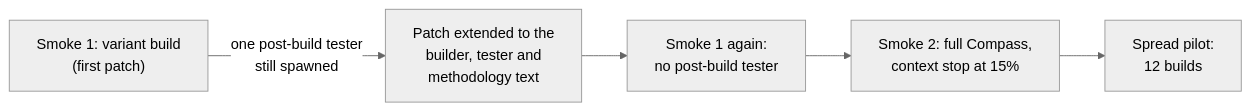
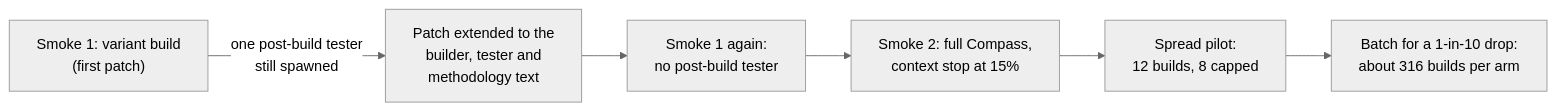
The diagram in .compass/research/whole-overhead/checking-cost/RESEARCH-checking-cost-pilot.md (hodor/claude-compass), drawn with Mermaid (neutral theme) before and after one commit. The commit also changed other lines of this file and 3 other files, not shown here.

First line of the commit message:
Record TASK-352: the per-part spread is too wide for a goal-share ablation

````diff
--- a/.compass/research/whole-overhead/checking-cost/RESEARCH-checking-cost-pilot.md
+++ b/.compass/research/whole-overhead/checking-cost/RESEARCH-checking-cost-pilot.md
@@ -17,7 +17,8 @@
 ```mermaid
 flowchart LR
   A["Smoke 1: variant build<br/>(first patch)"] -->|"one post-build tester<br/>still spawned"| B["Patch extended to the<br/>builder, tester and<br/>methodology text"]
   B --> C["Smoke 1 again:<br/>no post-build tester"]
   C --> D["Smoke 2: full Compass,<br/>context stop at 15%"]
-  D --> E["Spread pilot:<br/>12 builds"]
+  D --> E["Spread pilot:<br/>12 builds, 8 capped"]
+  E --> F["Batch for a 1-in-10 drop:<br/>about 316 builds per arm"]
 ```
````
